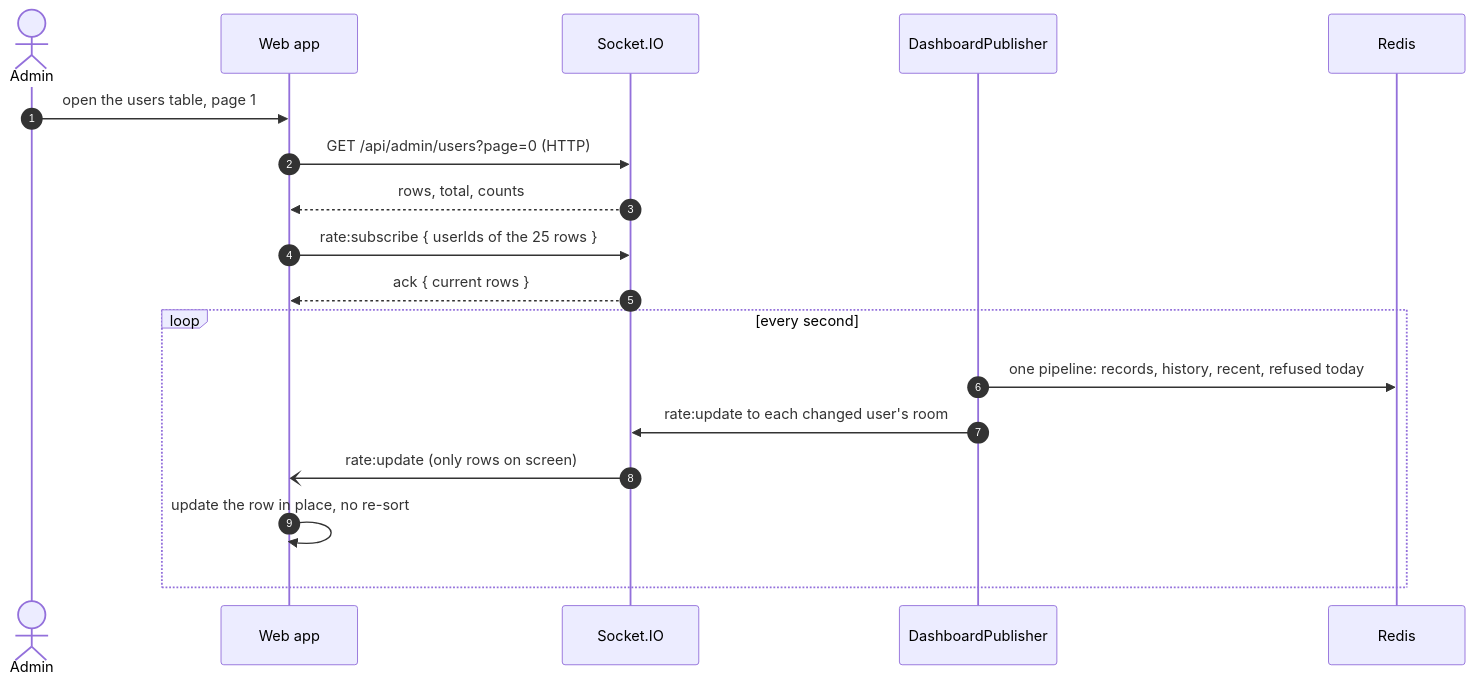
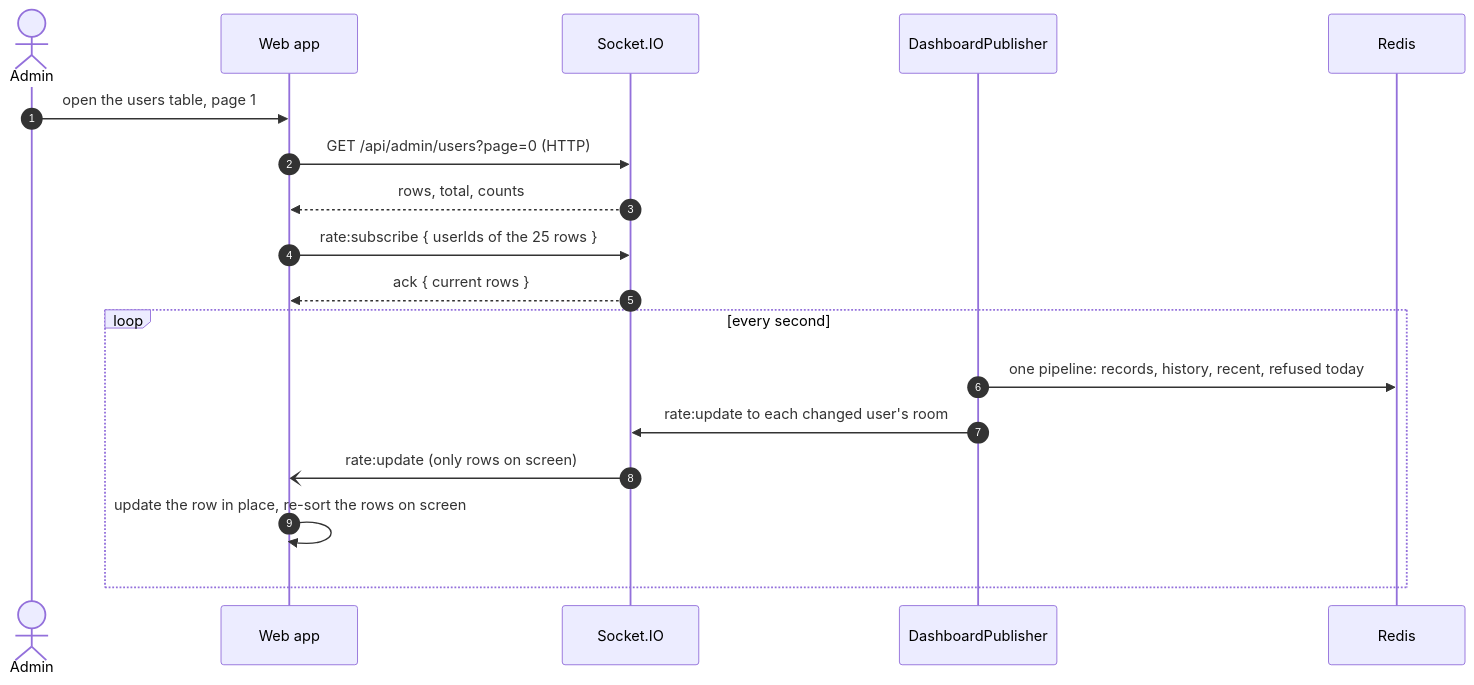
Before and after one commit to nitzanto/ratewatch: the third of 3 diagrams in apps/docs/src/content/docs/design-docs/rate-limiting-and-live-dashboard.md, drawn with Mermaid. The commit also changed other lines of this file and 260 other files, not shown here.

````diff
--- a/apps/docs/src/content/docs/design-docs/rate-limiting-and-live-dashboard.md
+++ b/apps/docs/src/content/docs/design-docs/rate-limiting-and-live-dashboard.md
@@ -262,20 +260,20 @@
 ```mermaid
 sequenceDiagram
   autonumber
   actor A as Admin
   participant W as Web app
   participant S as Socket.IO
   participant P as DashboardPublisher
   participant R as Redis
   A->>W: open the users table, page 1
   W->>S: GET /api/admin/users?page=0 (HTTP)
   S-->>W: rows, total, counts
   W->>S: rate:subscribe { userIds of the 25 rows }
   S-->>W: ack { current rows }
   loop every second
     P->>R: one pipeline: records, history, recent, refused today
     P->>S: rate:update to each changed user's room
     S-)W: rate:update (only rows on screen)
-    W->>W: update the row in place, no re-sort
+    W->>W: update the row in place, re-sort the rows on screen
   end
 ```
````
